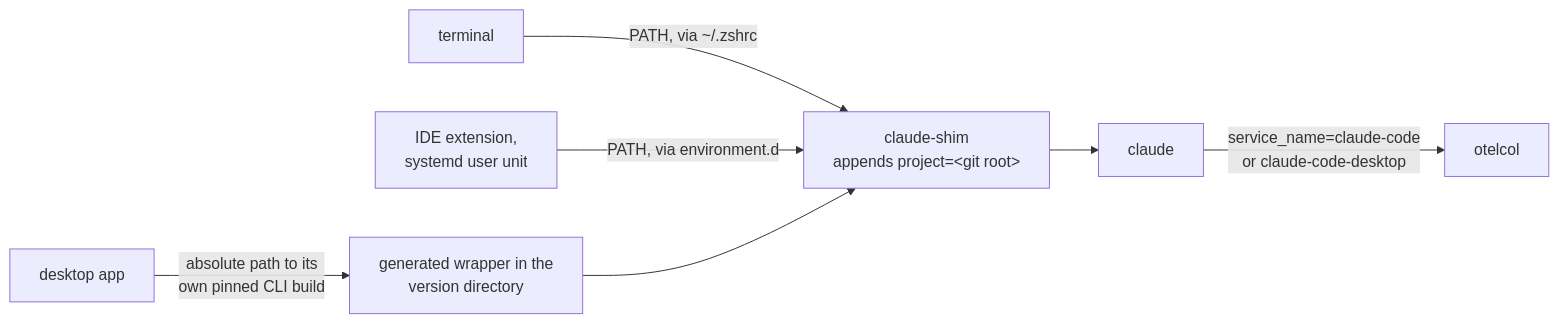
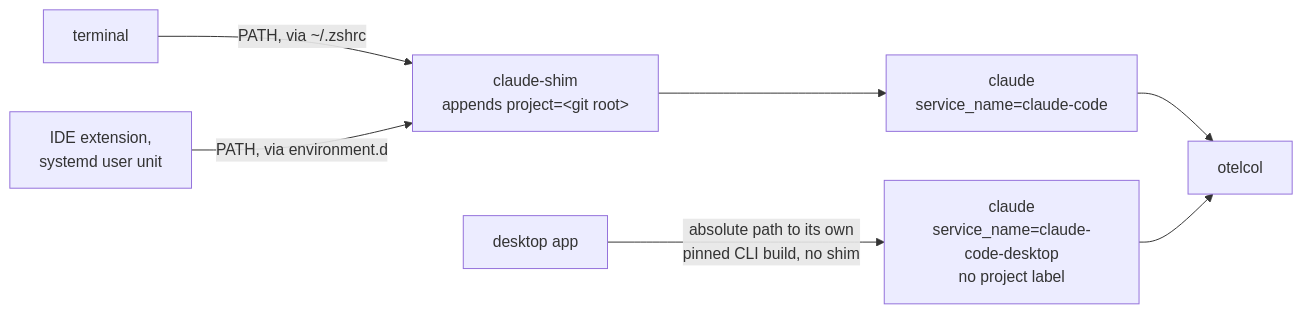
Before and after one commit to cypiswhywhy/docschemy: the second of 2 diagrams in docs/internals/telemetry-pipeline.md, drawn with Mermaid. The commit also changed other lines of this file and 6 other files, not shown here.

First line of the commit message:
Document that desktop app sessions stay untagged

````diff
--- a/docs/internals/telemetry-pipeline.md
+++ b/docs/internals/telemetry-pipeline.md
@@ -82,9 +82,9 @@
 ```mermaid
 flowchart LR
-    T["terminal"] -->|"PATH, via ~/.zshrc"| S
+    T["terminal"] -->|"PATH, via ~/.zshrc"| S["claude-shim<br/>appends project=&lt;git root&gt;"]
     I["IDE extension,<br/>systemd user unit"] -->|"PATH, via environment.d"| S
-    D["desktop app"] -->|"absolute path to its<br/>own pinned CLI build"| W["generated wrapper in the<br/>version directory"]
-    W --> S["claude-shim<br/>appends project=&lt;git root&gt;"]
-    S --> CC["claude"]
-    CC -->|"service_name=claude-code<br/>or claude-code-desktop"| OC["otelcol"]
+    S --> CC["claude<br/>service_name=claude-code"]
+    D["desktop app"] -->|"absolute path to its own<br/>pinned CLI build, no shim"| DC["claude<br/>service_name=claude-code-desktop<br/>no project label"]
+    CC --> OC["otelcol"]
+    DC --> OC
 ```
````
